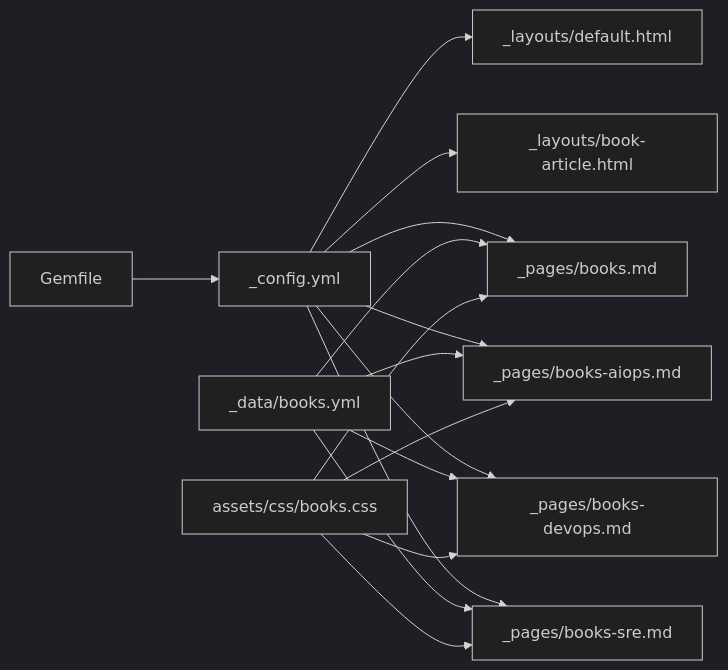
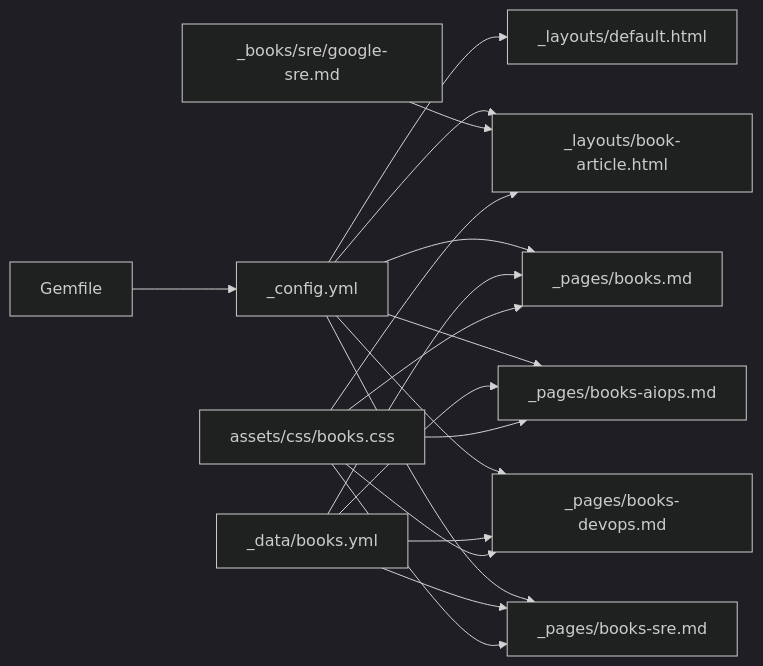
One commit to pizicaiman/pizicaiman.github.io changed the eighth of 8 diagrams in .qoder/repowiki/zh/content/内容管理/书籍管理系统.md. Above: the diagram before and after it, drawn with Mermaid (dark theme). The commit also changed other lines of this file and 10 other files, not shown here.

````diff
--- a/.qoder/repowiki/zh/content/内容管理/书籍管理系统.md
+++ b/.qoder/repowiki/zh/content/内容管理/书籍管理系统.md
@@ -320,18 +405,20 @@
 ```mermaid
 graph LR
 G["Gemfile"] --> C["_config.yml"]
 C --> L1["_layouts/default.html"]
 C --> L2["_layouts/book-article.html"]
 C --> P1["_pages/books.md"]
 C --> P2["_pages/books-aiops.md"]
 C --> P3["_pages/books-devops.md"]
 C --> P4["_pages/books-sre.md"]
 D["_data/books.yml"] --> P1
 D --> P2
 D --> P3
 D --> P4
+C1["_books/sre/google-sre.md"] --> L2
 CSS["assets/css/books.css"] --> P1
 CSS --> P2
 CSS --> P3
 CSS --> P4
+CSS --> L2
 ```
````
